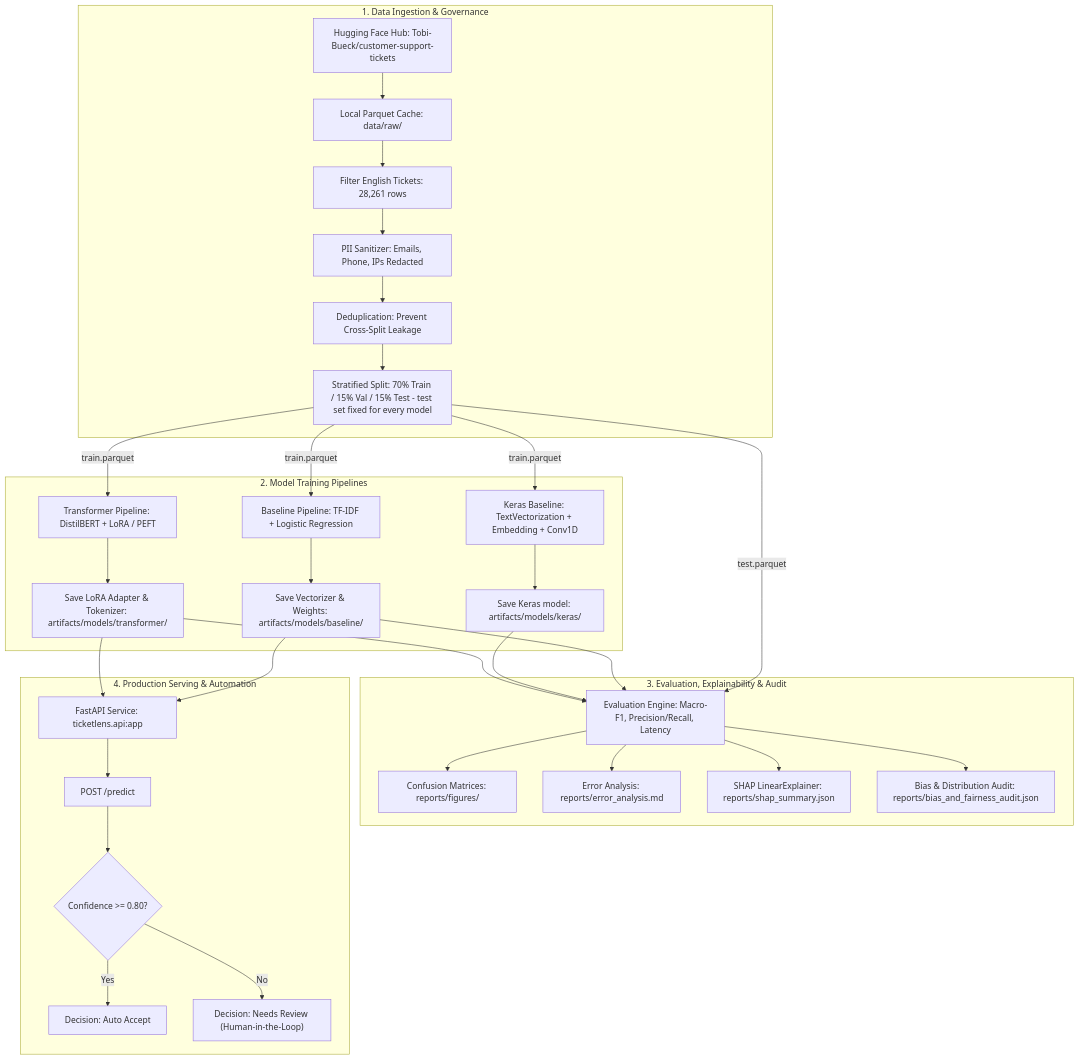
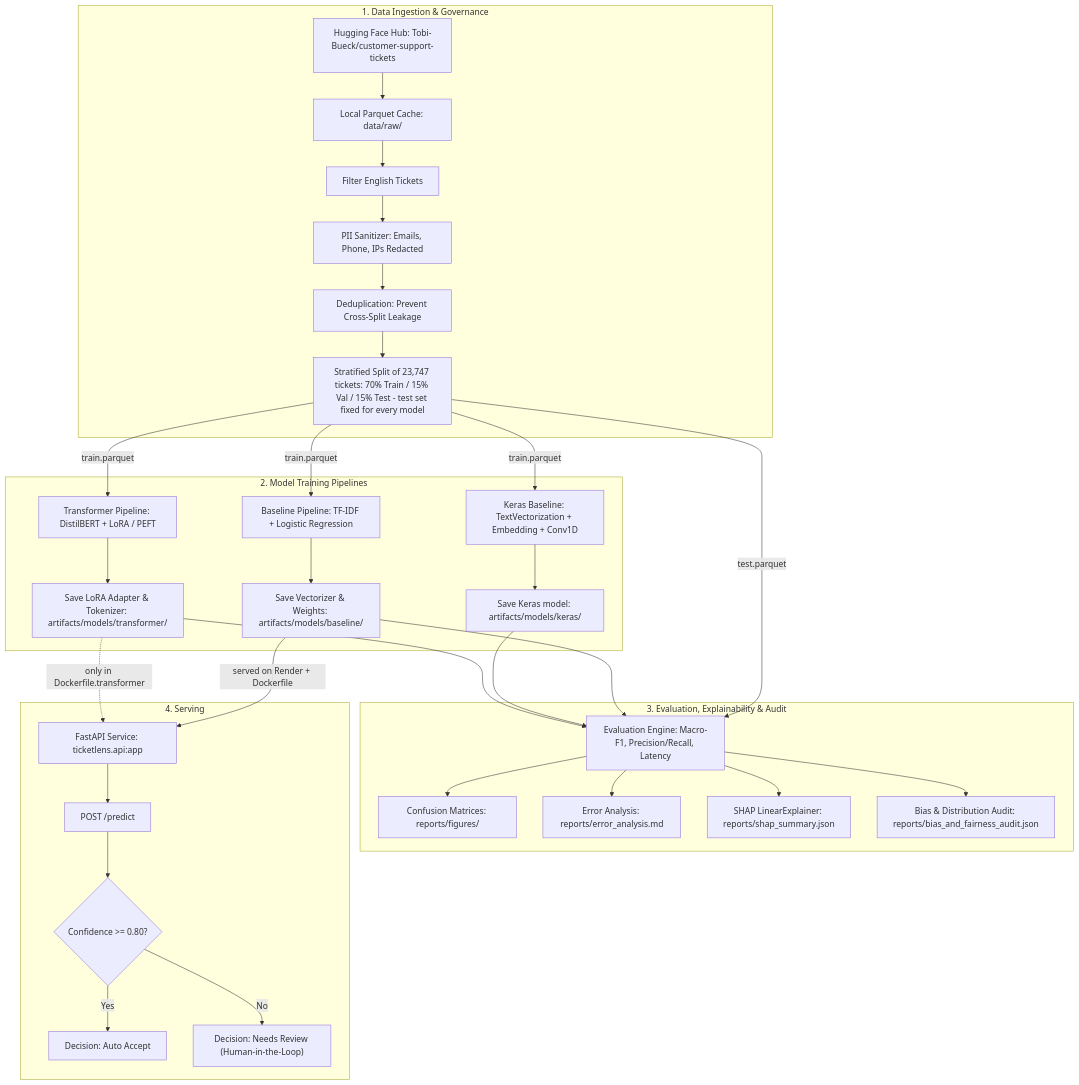
Before and after one commit to Charanloyal/ticketlens: the diagram in README.md, drawn with Mermaid. The commit also changed other lines of this file and 2 other files, not shown here.

````diff
--- a/README.md
+++ b/README.md
@@ -33,39 +36,39 @@
 ```mermaid
 flowchart TD
     subgraph Ingestion["1. Data Ingestion & Governance"]
         HF[Hugging Face Hub: Tobi-Bueck/customer-support-tickets] --> ParquetCache[Local Parquet Cache: data/raw/]
-        ParquetCache --> FilterEN[Filter English Tickets: 28,261 rows]
+        ParquetCache --> FilterEN[Filter English Tickets]
         FilterEN --> PII[PII Sanitizer: Emails, Phone, IPs Redacted]
         PII --> Dedup[Deduplication: Prevent Cross-Split Leakage]
-        Dedup --> Split[Stratified Split: 70% Train / 15% Val / 15% Test - test set fixed for every model]
+        Dedup --> Split[Stratified Split of 23,747 tickets: 70% Train / 15% Val / 15% Test - test set fixed for every model]
     end
 
     subgraph Modeling["2. Model Training Pipelines"]
         Split -->|train.parquet| BaselinePipeline[Baseline Pipeline: TF-IDF + Logistic Regression]
         Split -->|train.parquet| KerasPipeline[Keras Baseline: TextVectorization + Embedding + Conv1D]
         Split -->|train.parquet| TransformerPipeline[Transformer Pipeline: DistilBERT + LoRA / PEFT]
         BaselinePipeline --> BaselineArtifacts[Save Vectorizer & Weights: artifacts/models/baseline/]
         KerasPipeline --> KerasArtifacts[Save Keras model: artifacts/models/keras/]
         TransformerPipeline --> TransformerArtifacts[Save LoRA Adapter & Tokenizer: artifacts/models/transformer/]
     end
 
     subgraph Evaluation["3. Evaluation, Explainability & Audit"]
         Split -->|test.parquet| Evaluator[Evaluation Engine: Macro-F1, Precision/Recall, Latency]
         BaselineArtifacts --> Evaluator
         KerasArtifacts --> Evaluator
         TransformerArtifacts --> Evaluator
         Evaluator --> ConfMatrix[Confusion Matrices: reports/figures/]
         Evaluator --> ErrorAnalysis[Error Analysis: reports/error_analysis.md]
         Evaluator --> SHAP[SHAP LinearExplainer: reports/shap_summary.json]
         Evaluator --> BiasAudit[Bias & Distribution Audit: reports/bias_and_fairness_audit.json]
     end
 
-    subgraph Serving["4. Production Serving & Automation"]
-        BaselineArtifacts --> FastAPI[FastAPI Service: ticketlens.api:app]
-        TransformerArtifacts --> FastAPI
+    subgraph Serving["4. Serving"]
+        BaselineArtifacts -->|"served on Render + Dockerfile"| FastAPI[FastAPI Service: ticketlens.api:app]
+        TransformerArtifacts -.->|"only in Dockerfile.transformer"| FastAPI
         FastAPI --> PredictEndpoint["POST /predict"]
         PredictEndpoint --> ConfidenceRouter{"Confidence >= 0.80?"}
         ConfidenceRouter -->|Yes| AutoAccept["Decision: Auto Accept"]
         ConfidenceRouter -->|No| NeedsReview["Decision: Needs Review (Human-in-the-Loop)"]
     end
 ```
````
